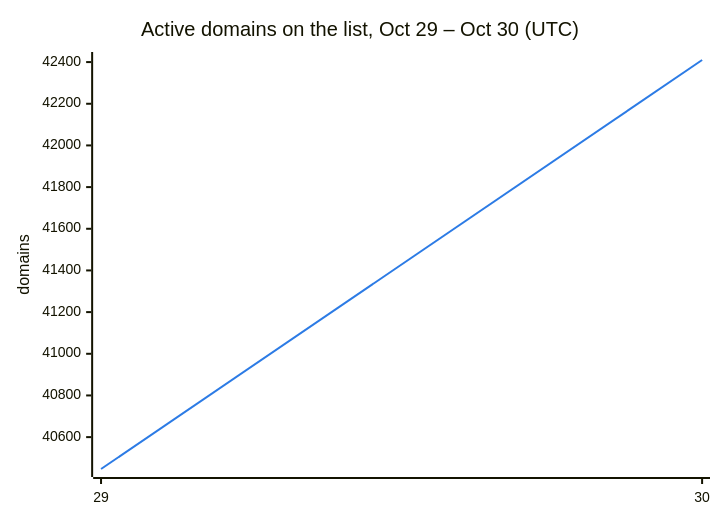
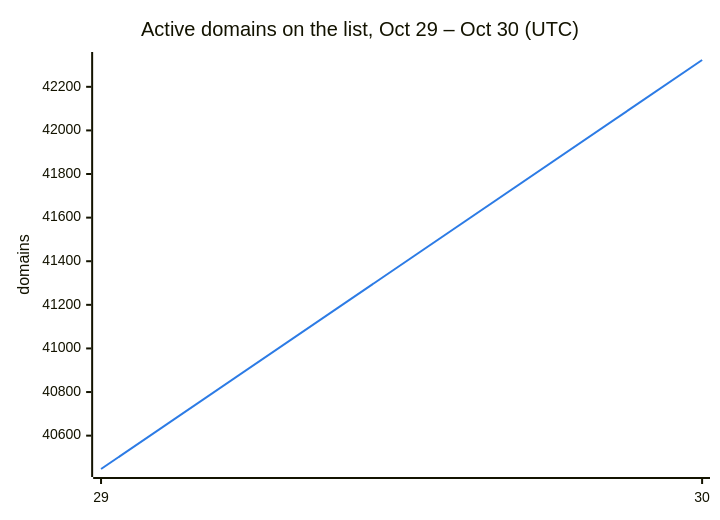
One commit to DNSBunker/CTI changed the second of 3 diagrams in README.md. Above: the diagram before and after it, drawn with Mermaid. The commit also changed other lines of this file and 3 other files, not shown here.

````diff
--- a/README.md
+++ b/README.md
@@ -38,8 +38,8 @@
 ```mermaid
 %%{init: {"themeVariables": {"xyChart": {"plotColorPalette": "#2c7be5"}}}}%%
 xychart-beta
     title "Active domains on the list, Oct 29 – Oct 30 (UTC)"
     x-axis ["29", "30"]
     y-axis "domains"
-    line [40447, 42410]
+    line [40447, 42323]
 ```
````
